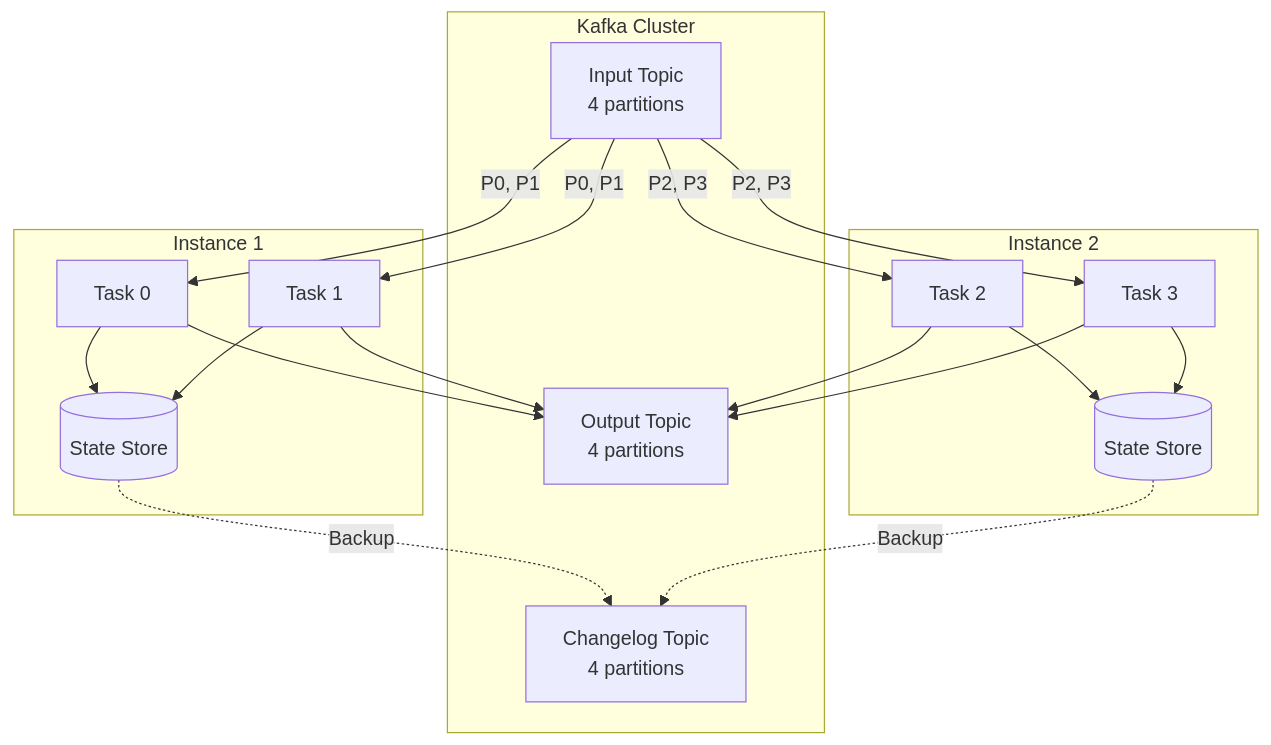
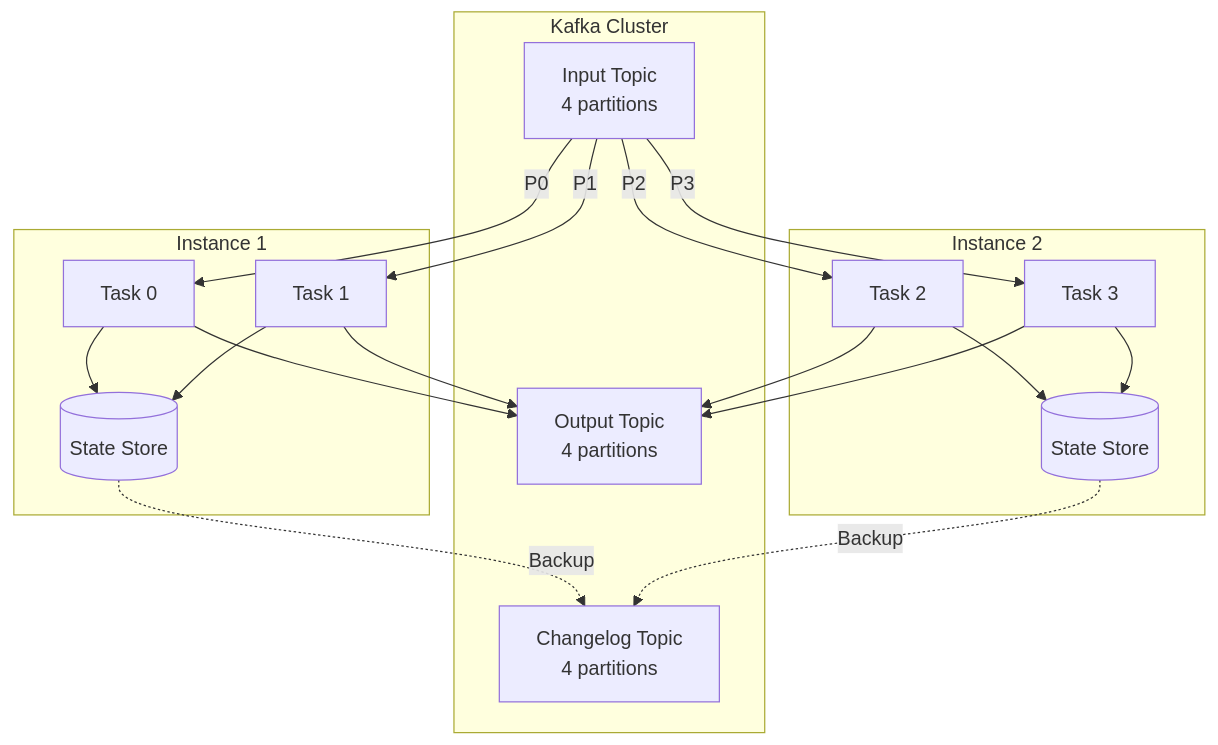
Before and after one commit to OneUptime/blog: the diagram in posts/2026-01-25-stream-processing-kafka-streams/README.md, drawn with Mermaid. The commit also changed other lines of this file and 2 other files, not shown here.

````diff
--- a/posts/2026-01-25-stream-processing-kafka-streams/README.md
+++ b/posts/2026-01-25-stream-processing-kafka-streams/README.md
@@ -17,38 +17,38 @@
 ```mermaid
 graph TB
     subgraph "Kafka Cluster"
         IT[Input Topic<br/>4 partitions]
         OT[Output Topic<br/>4 partitions]
         CT[Changelog Topic<br/>4 partitions]
     end
 
     subgraph "Instance 1"
         T1[Task 0]
         T2[Task 1]
         S1[(State Store)]
     end
 
     subgraph "Instance 2"
         T3[Task 2]
         T4[Task 3]
         S2[(State Store)]
     end
 
-    IT -->|P0, P1| T1
-    IT -->|P0, P1| T2
-    IT -->|P2, P3| T3
-    IT -->|P2, P3| T4
+    IT -->|P0| T1
+    IT -->|P1| T2
+    IT -->|P2| T3
+    IT -->|P3| T4
 
     T1 --> S1
     T2 --> S1
     T3 --> S2
     T4 --> S2
 
     S1 -.->|Backup| CT
     S2 -.->|Backup| CT
 
     T1 --> OT
     T2 --> OT
     T3 --> OT
     T4 --> OT
 ```
````
